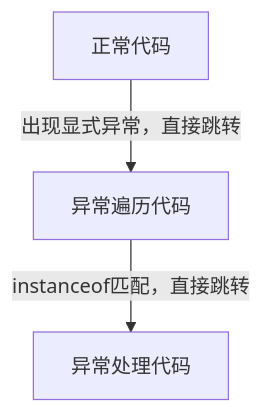
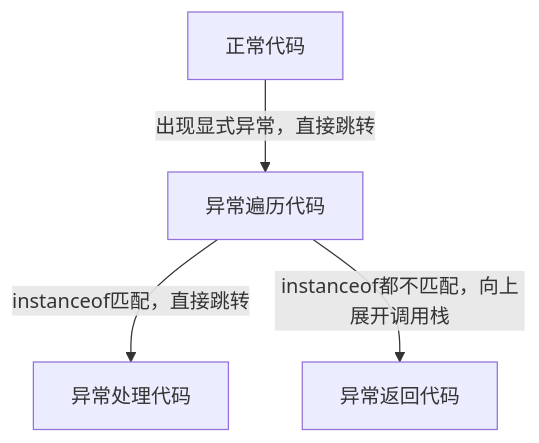
Before and after one commit to lgxbslgx/note: the first of 3 diagrams in jeandle/source_note/exception_handler.md, drawn with Mermaid. The commit also changed other lines of this file and 1 other file, not shown here.

````diff
--- a/jeandle/source_note/exception_handler.md
+++ b/jeandle/source_note/exception_handler.md
@@ -39,5 +39,6 @@
 ```mermaid
 graph TD
     正常代码 --出现显式异常，直接跳转--> 异常遍历代码
     异常遍历代码 --instanceof匹配，直接跳转--> 异常处理代码
+    异常遍历代码 --instanceof都不匹配，向上展开调用栈 --> 异常返回代码
 ```
````
